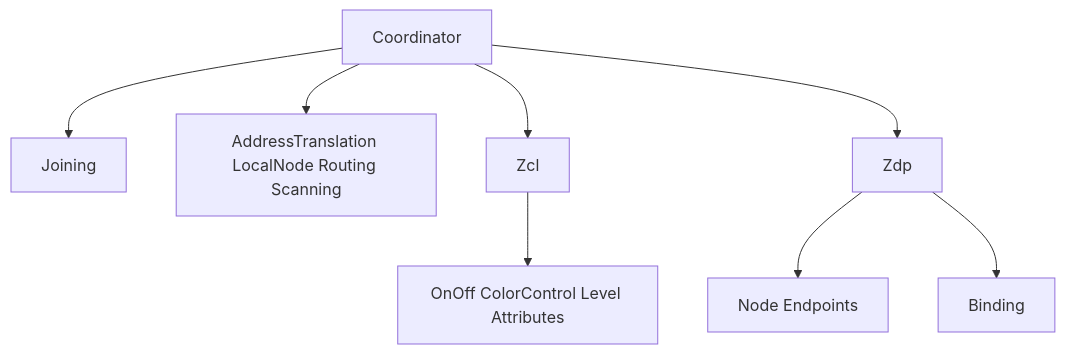
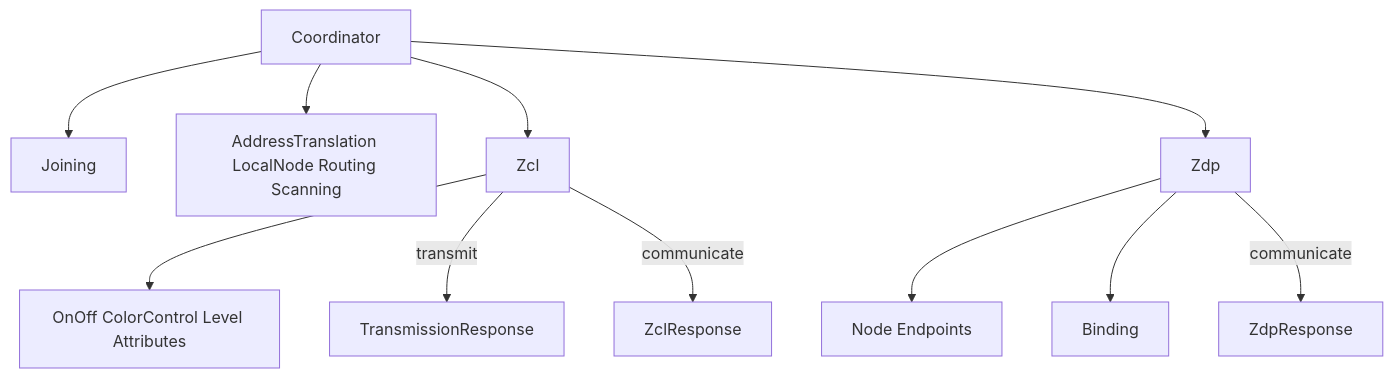
Before and after one commit to PaulmannLighting/apis-saltans: the second of 8 diagrams in coordinator/ARCHITECTURE.md, drawn with Mermaid. The commit also changed other lines of this file and 28 other files, not shown here.

````diff
--- a/coordinator/ARCHITECTURE.md
+++ b/coordinator/ARCHITECTURE.md
@@ -149,19 +152,25 @@
 ```mermaid
 flowchart TD
     COORD[Coordinator]
     JOIN[Joining]
     HWHELPERS[AddressTranslation LocalNode Routing Scanning]
     ZCL[Zcl]
     ZDP[Zdp]
     CLUSTERS[OnOff ColorControl Level Attributes]
     DISCOVERY[Node Endpoints]
     BIND[Binding]
+    TXR[TransmissionResponse]
+    ZCLR[ZclResponse]
+    ZDPR[ZdpResponse]
 
     COORD --> JOIN
     COORD --> HWHELPERS
     COORD --> ZCL
     COORD --> ZDP
     ZCL --> CLUSTERS
     ZDP --> DISCOVERY
     ZDP --> BIND
+    ZCL -->|transmit| TXR
+    ZCL -->|communicate| ZCLR
+    ZDP -->|communicate| ZDPR
 ```
````
